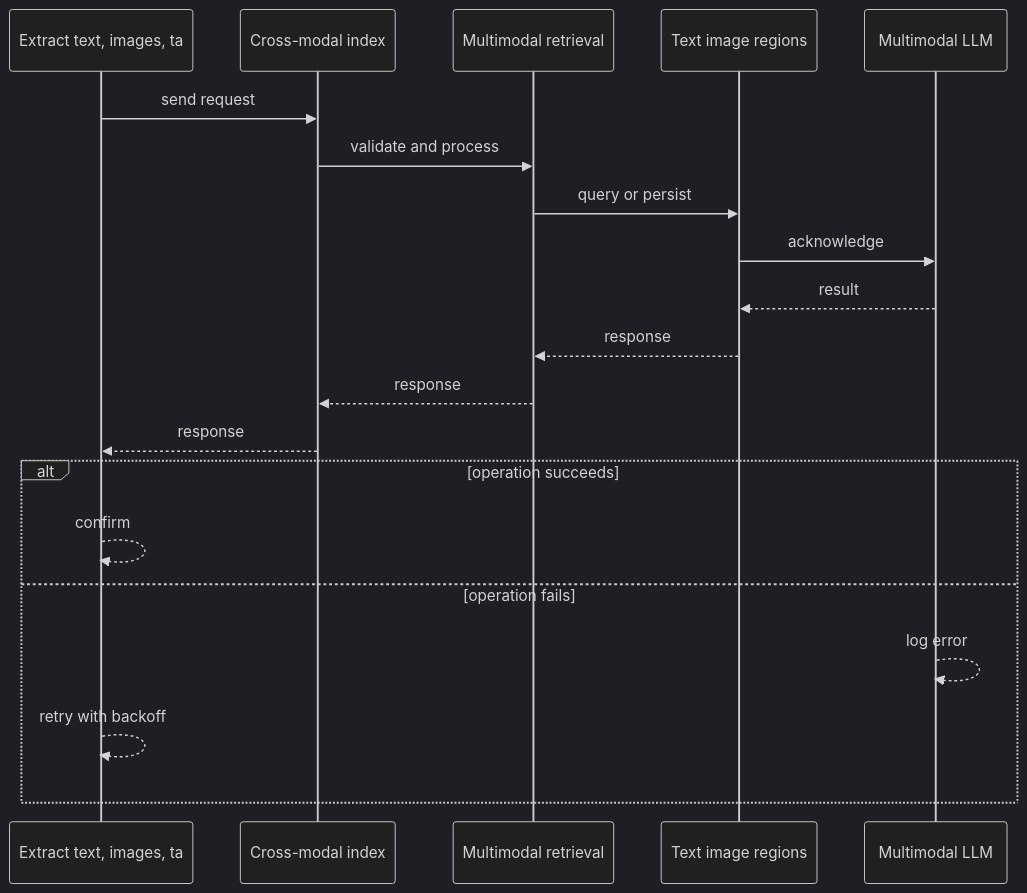
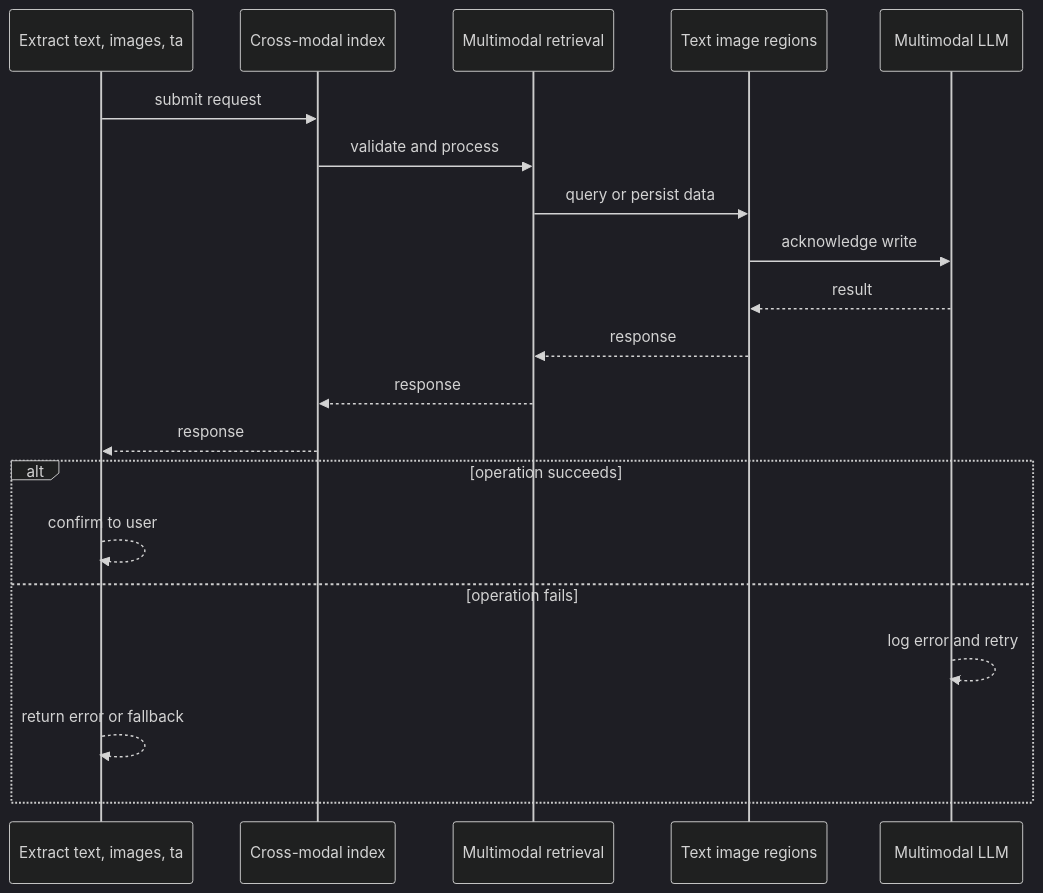
The second of 4 diagrams in case-studies/ai-systems/multimodal-document-understanding.md (RIT-MESH/system-design-mastery), drawn with Mermaid (dark theme) before and after one commit. The commit also changed other lines of this file and 127 other files, not shown here.

First line of the commit message:
Improve all case study diagrams: case-specific sequences, fix truncated labels

````diff
--- a/case-studies/ai-systems/multimodal-document-understanding.md
+++ b/case-studies/ai-systems/multimodal-document-understanding.md
@@ -74,23 +74,23 @@
 ```mermaid
 %% created-for: system-design-mastery
 sequenceDiagram
-  participant C0 as Extract text, images, ta
-  participant C1 as Cross-modal index
-  participant C2 as Multimodal retrieval
-  participant C3 as Text image regions
-  participant C4 as Multimodal LLM
-  C0 ->> C1: send request
-  C1 ->> C2: validate and process
-  C2 ->> C3: query or persist
-  C3 ->> C4: acknowledge
-  C4 -->> C3: result
-  C3 -->> C2: response
-  C2 -->> C1: response
-  C1 -->> C0: response
+  participant P0 as Extract text, images, ta
+  participant P1 as Cross-modal index
+  participant P2 as Multimodal retrieval
+  participant P3 as Text image regions
+  participant P4 as Multimodal LLM
+  P0 ->> P1: submit request
+  P1 ->> P2: validate and process
+  P2 ->> P3: query or persist data
+  P3 ->> P4: acknowledge write
+  P4 -->> P3: result
+  P3 -->> P2: response
+  P2 -->> P1: response
+  P1 -->> P0: response
   alt operation succeeds
-    C0 -->> C0: confirm
+    P0 -->> P0: confirm to user
   else operation fails
-    C4 -->> C4: log error
-    C0 -->> C0: retry with backoff
+    P4 -->> P4: log error and retry
+    P0 -->> P0: return error or fallback
   end
 ```
````
